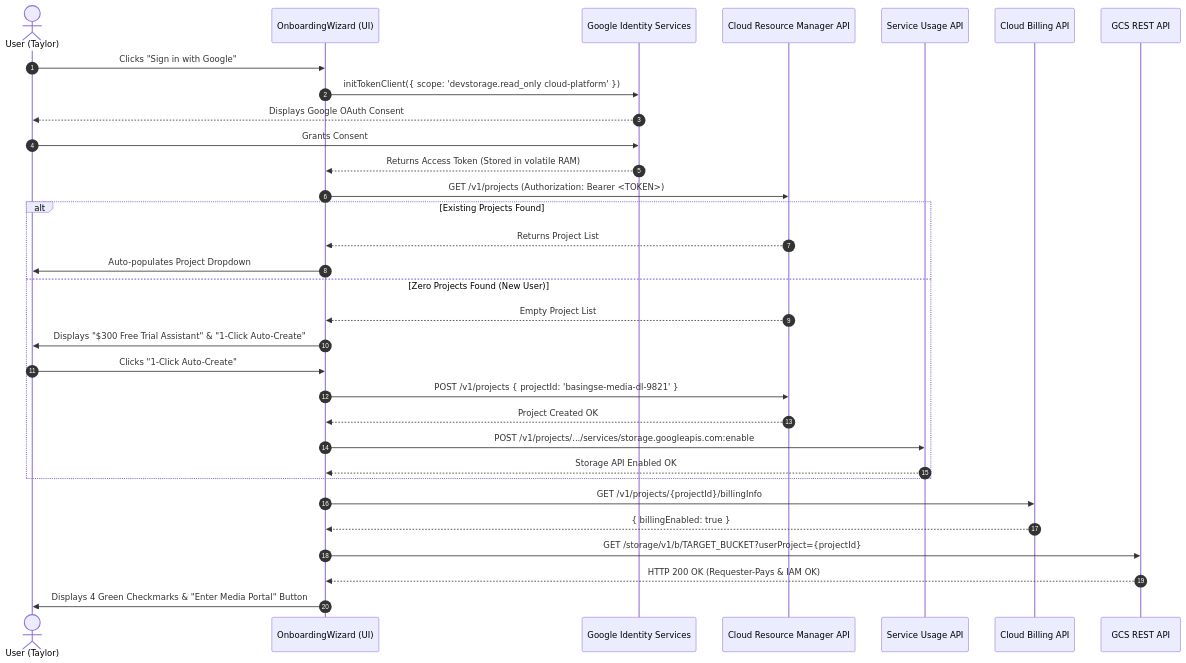
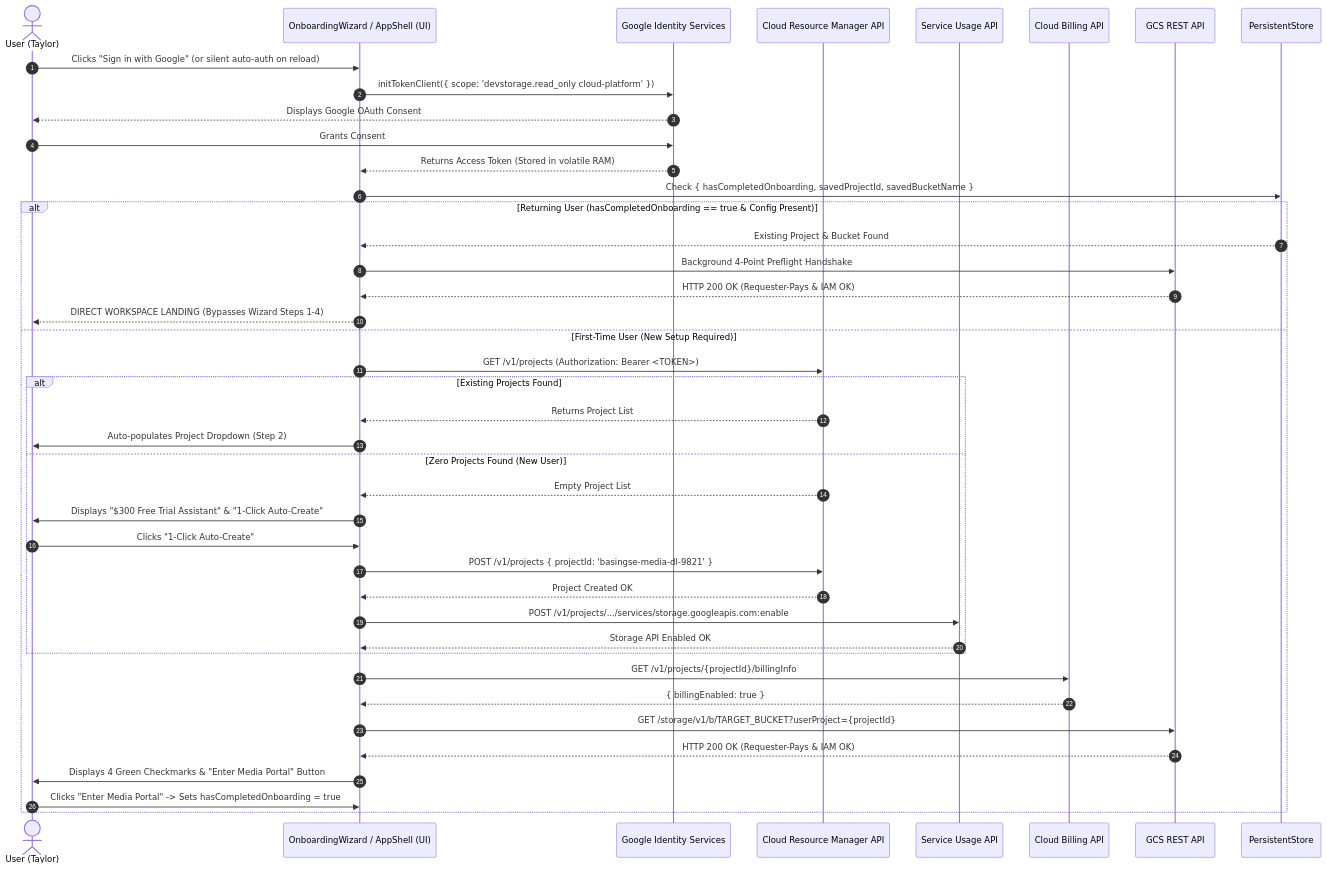
One commit to NovaLogicDev/FilesOfBaSingSe changed the second of 2 diagrams in docs/requirements/module_1_auth_onboarding_design_and_requirements.md. Above: the diagram before and after it, drawn with Mermaid. The commit also changed other lines of this file and 12 other files, not shown here.

Commit message:
docs: add session continuity, silent token restoration, and onboarding bypass specifications (Module 10, Epic 10, Engine 8)

````diff
--- a/docs/requirements/module_1_auth_onboarding_design_and_requirements.md
+++ b/docs/requirements/module_1_auth_onboarding_design_and_requirements.md
@@ -55,38 +56,48 @@
 ```mermaid
 sequenceDiagram
     autonumber
     actor Client as User (Taylor)
-    participant UI as OnboardingWizard (UI)
+    participant UI as OnboardingWizard / AppShell (UI)
     participant GIS as Google Identity Services
     participant CRM as Cloud Resource Manager API
     participant SU as Service Usage API
     participant CB as Cloud Billing API
     participant GCS as GCS REST API
+    participant PStore as PersistentStore
 
-    Client->>UI: Clicks "Sign in with Google"
+    Client->>UI: Clicks "Sign in with Google" (or silent auto-auth on reload)
     UI->>GIS: initTokenClient({ scope: 'devstorage.read_only cloud-platform' })
     GIS-->>Client: Displays Google OAuth Consent
     Client->>GIS: Grants Consent
     GIS-->>UI: Returns Access Token (Stored in volatile RAM)
 
-    UI->>CRM: GET /v1/projects (Authorization: Bearer <TOKEN>)
-    alt Existing Projects Found
-        CRM-->>UI: Returns Project List
-        UI->>Client: Auto-populates Project Dropdown
-    else Zero Projects Found (New User)
-        CRM-->>UI: Empty Project List
-        UI->>Client: Displays "$300 Free Trial Assistant" & "1-Click Auto-Create"
-        Client->>UI: Clicks "1-Click Auto-Create"
-        UI->>CRM: POST /v1/projects { projectId: 'basingse-media-dl-9821' }
-        CRM-->>UI: Project Created OK
-        UI->>SU: POST /v1/projects/.../services/storage.googleapis.com:enable
-        SU-->>UI: Storage API Enabled OK
+    UI->>PStore: Check { hasCompletedOnboarding, savedProjectId, savedBucketName }
+    alt Returning User (hasCompletedOnboarding == true & Config Present)
+        PStore-->>UI: Existing Project & Bucket Found
+        UI->>GCS: Background 4-Point Preflight Handshake
+        GCS-->>UI: HTTP 200 OK (Requester-Pays & IAM OK)
+        UI-->>Client: DIRECT WORKSPACE LANDING (Bypasses Wizard Steps 1-4)
+    else First-Time User (New Setup Required)
+        UI->>CRM: GET /v1/projects (Authorization: Bearer <TOKEN>)
+        alt Existing Projects Found
+            CRM-->>UI: Returns Project List
+            UI->>Client: Auto-populates Project Dropdown (Step 2)
+        else Zero Projects Found (New User)
+            CRM-->>UI: Empty Project List
+            UI->>Client: Displays "$300 Free Trial Assistant" & "1-Click Auto-Create"
+            Client->>UI: Clicks "1-Click Auto-Create"
+            UI->>CRM: POST /v1/projects { projectId: 'basingse-media-dl-9821' }
+            CRM-->>UI: Project Created OK
+            UI->>SU: POST /v1/projects/.../services/storage.googleapis.com:enable
+            SU-->>UI: Storage API Enabled OK
+        end
+
+        UI->>CB: GET /v1/projects/{projectId}/billingInfo
+        CB-->>UI: { billingEnabled: true }
+
+        UI->>GCS: GET /storage/v1/b/TARGET_BUCKET?userProject={projectId}
+        GCS-->>UI: HTTP 200 OK (Requester-Pays & IAM OK)
+        UI->>Client: Displays 4 Green Checkmarks & "Enter Media Portal" Button
+        Client->>UI: Clicks "Enter Media Portal" -> Sets hasCompletedOnboarding = true
     end
-
-    UI->>CB: GET /v1/projects/{projectId}/billingInfo
-    CB-->>UI: { billingEnabled: true }
-
-    UI->>GCS: GET /storage/v1/b/TARGET_BUCKET?userProject={projectId}
-    GCS-->>UI: HTTP 200 OK (Requester-Pays & IAM OK)
-    UI->>Client: Displays 4 Green Checkmarks & "Enter Media Portal" Button
 ```
````
